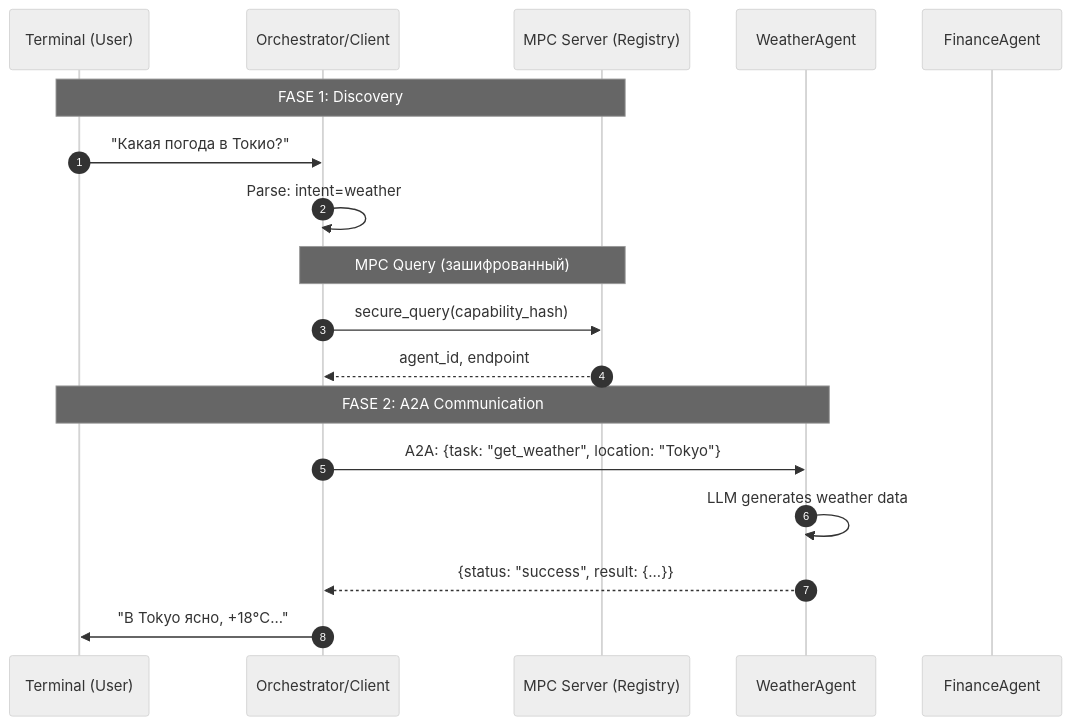
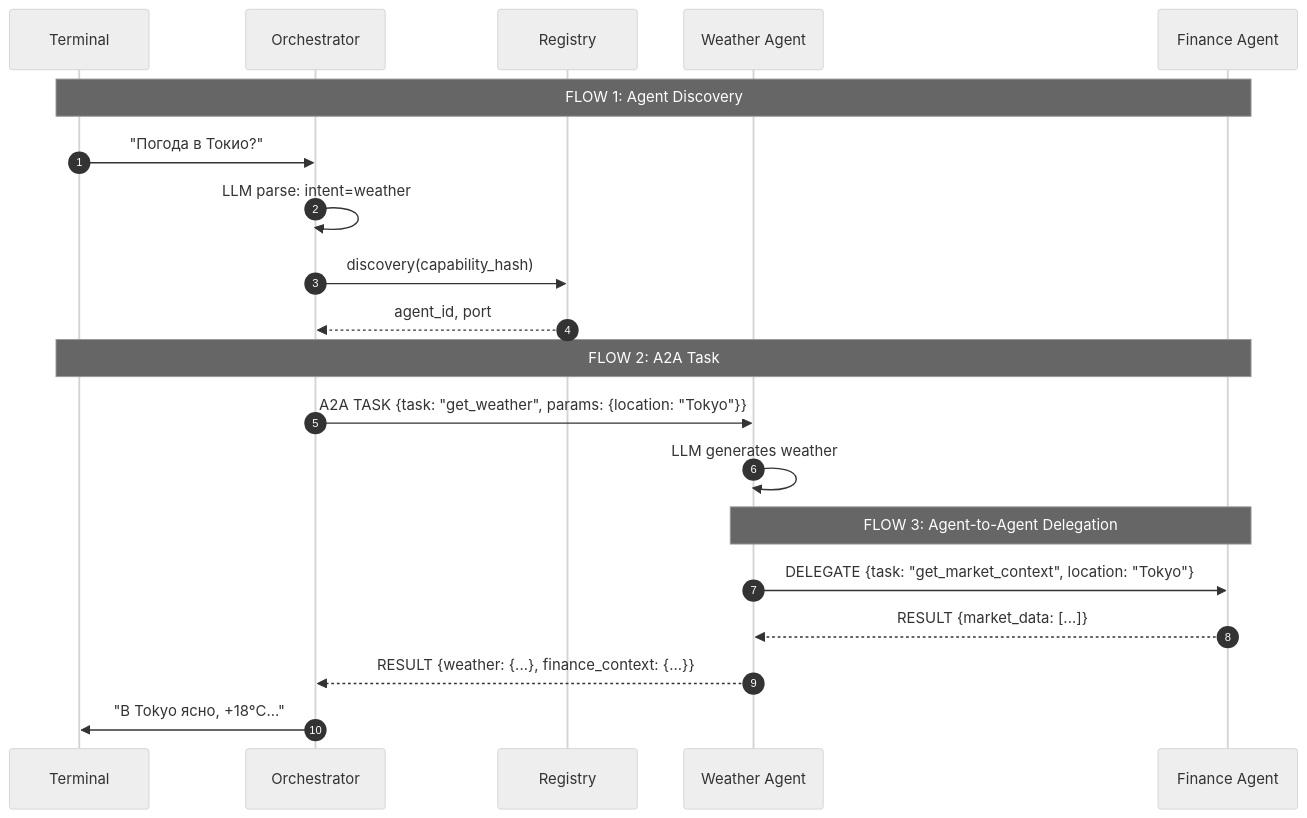
The diagram in README.md (DemonDis/agent_example), drawn with Mermaid (neutral theme) before and after one commit. The commit also changed other lines of this file and 7 other files, not shown here.

````diff
--- a/README.md
+++ b/README.md
@@ -79,26 +90,30 @@
 ```mermaid
 sequenceDiagram
     autonumber
-    participant T as Terminal (User)
-    participant C as Orchestrator/Client
-    participant MPC as MPC Server (Registry)
-    participant WA as WeatherAgent
-    participant FA as FinanceAgent
+    participant T as Terminal
+    participant O as Orchestrator
+    participant R as Registry
+    participant WA as Weather Agent
+    participant FA as Finance Agent
 
-    Note over T,MPC: FASE 1: Discovery
+    Note over T,FA: FLOW 1: Agent Discovery
 
-    T->>C: "Какая погода в Токио?"
-    C->>C: Parse: intent=weather
+    T->>O: "Погода в Токио?"
+    O->>O: LLM parse: intent=weather
+    O->>R: discovery(capability_hash)
+    R-->>O: agent_id, port
 
-    Note over C,MPC: MPC Query (зашифрованный)
-    C->>MPC: secure_query(capability_hash)
-    MPC-->>C: agent_id, endpoint
+    Note over T,FA: FLOW 2: A2A Task
 
-    Note over T,WA: FASE 2: A2A Communication
+    O->>WA: A2A TASK {task: "get_weather", params: {location: "Tokyo"}}
+    WA->>WA: LLM generates weather
 
-    C->>WA: A2A: {task: "get_weather", location: "Tokyo"}
-    WA->>WA: LLM generates weather data
-    WA-->>C: {status: "success", result: {...}}
+    Note over WA,FA: FLOW 3: Agent-to-Agent Delegation
 
-    C->>T: "В Tokyo ясно, +18°C..."
+    WA->>FA: DELEGATE {task: "get_market_context", location: "Tokyo"}
+    FA-->>WA: RESULT {market_data: [...]}
+
+    WA-->>O: RESULT {weather: {...}, finance_context: {...}}
+
+    O->>T: "В Tokyo ясно, +18°C..."
 ```
````
